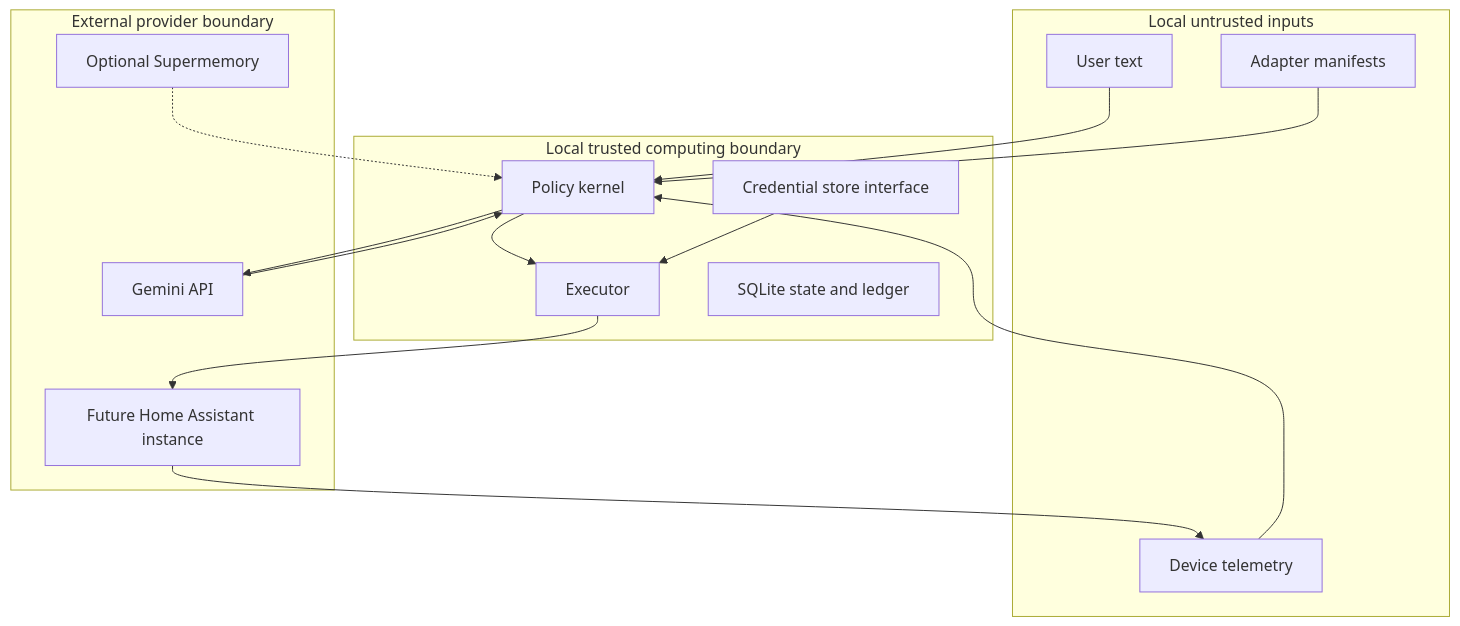
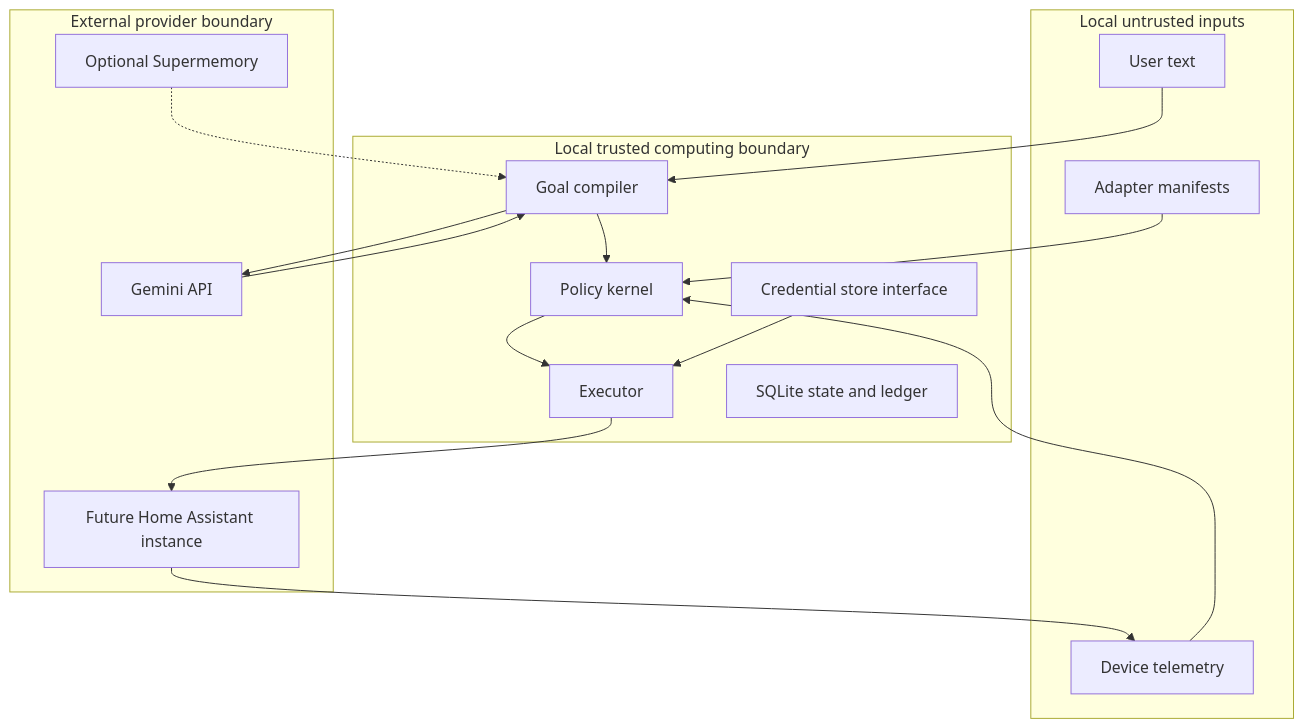
Before and after one commit to Vedangalle/handsoff: the second of 2 diagrams in docs/architecture.md, drawn with Mermaid. The commit also changed other lines of this file and 60 other files, not shown here.

````diff
--- a/docs/architecture.md
+++ b/docs/architecture.md
@@ -59,29 +59,31 @@
 ```mermaid
 flowchart TB
     subgraph LocalTrusted["Local trusted computing boundary"]
+        GC["Goal compiler"]
         PK["Policy kernel"]
         EX["Executor"]
         DB["SQLite state and ledger"]
         SEC["Credential store interface"]
     end
     subgraph LocalUntrusted["Local untrusted inputs"]
         UI["User text"]
         DEV["Device telemetry"]
         CFG["Adapter manifests"]
     end
     subgraph External["External provider boundary"]
         GEM["Gemini API"]
         SM["Optional Supermemory"]
         HA["Future Home Assistant instance"]
     end
-    UI --> PK
+    UI --> GC
     DEV --> PK
     CFG --> PK
-    PK --> GEM
-    SM -.-> PK
+    GC --> GEM
+    GEM --> GC
+    SM -.-> GC
+    GC --> PK
     PK --> EX
     EX --> HA
     SEC --> EX
-    GEM --> PK
     HA --> DEV
 ```
````
